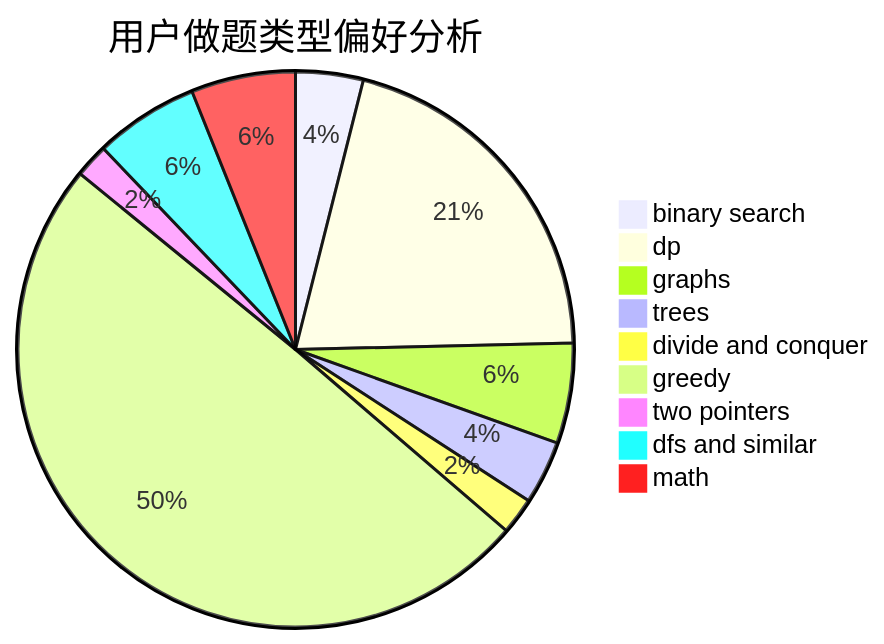
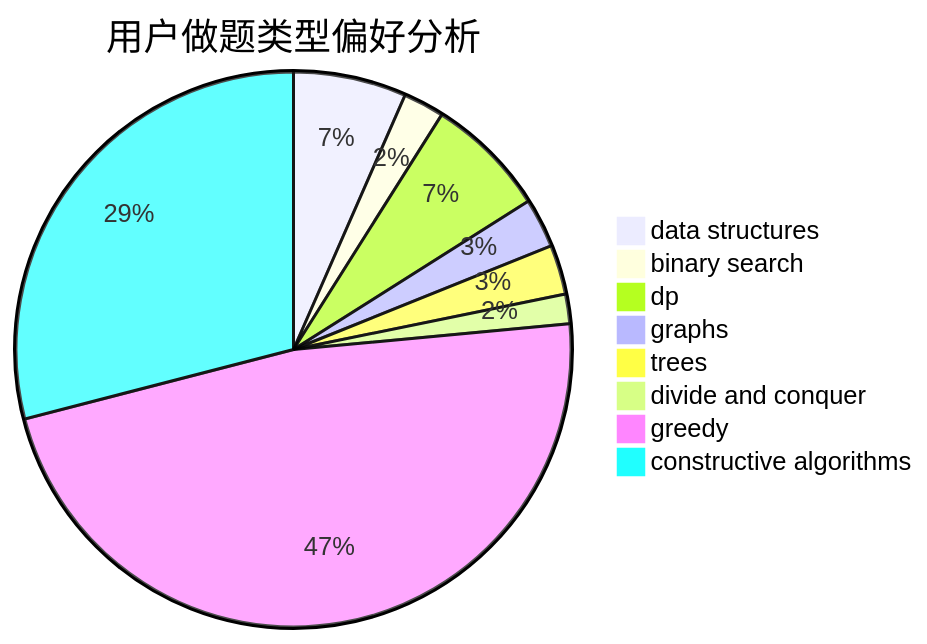
One commit to sherpahu/cfrs.github.io changed the second of 3 diagrams in docs/user/u121.md. Above: the diagram before and after it, drawn with Mermaid. The commit also changed other lines of this file and 2775 other files, not shown here.

````diff
--- a/docs/user/u121.md
+++ b/docs/user/u121.md
@@ -23,12 +23,11 @@
 ```mermaid
 pie title 用户做题类型偏好分析
-    "binary search" :  68
-    "dp" :  358
-    "graphs" :  101
-    "trees" :  64
-    "divide and conquer" :  37
-    "greedy" :  858
-    "two pointers" :  34
-    "dfs and similar" :  105
-    "math" :  105
+    "data structures" :  80
+    "binary search" :  29
+    "dp" :  86
+    "graphs" :  35
+    "trees" :  35
+    "divide and conquer" :  21
+    "greedy" :  577
+    "constructive algorithms" :  353
 ```
````
